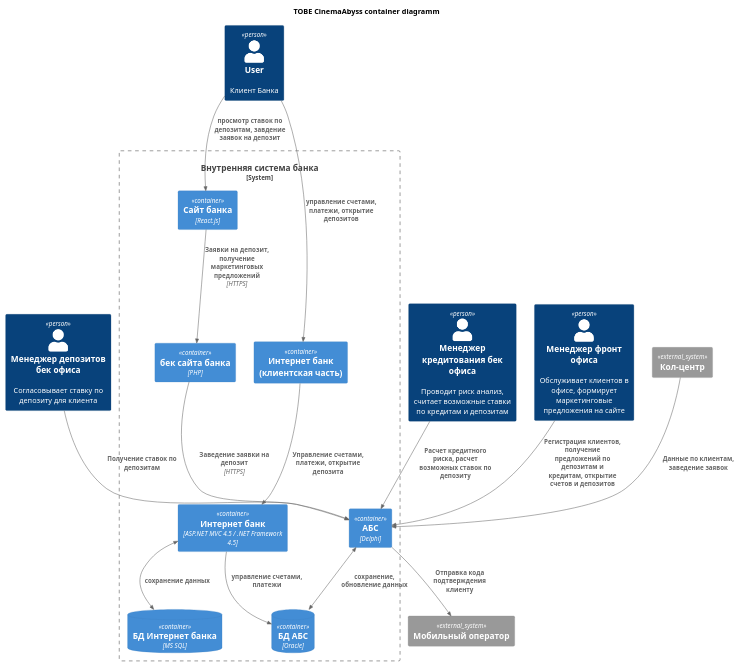
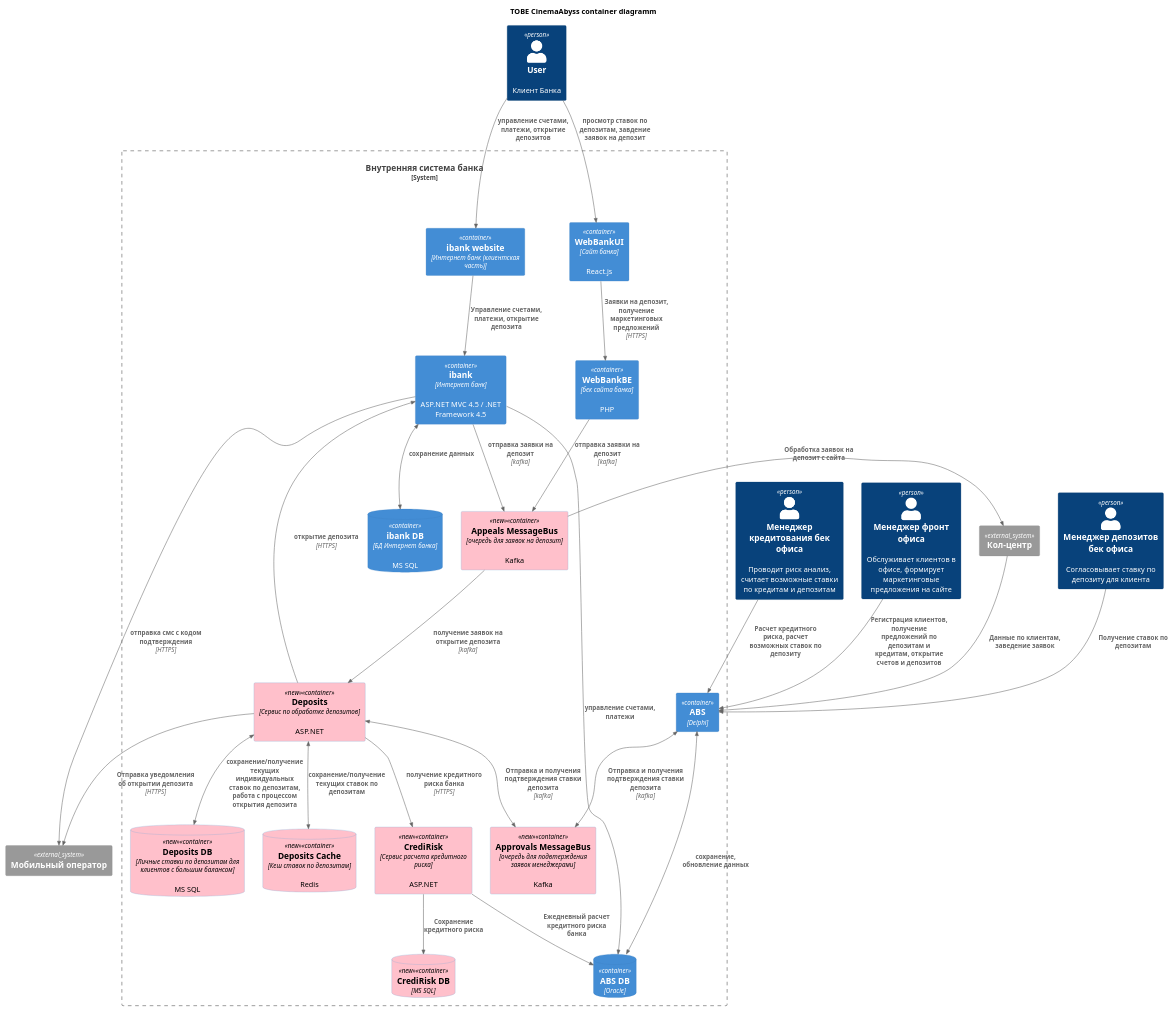
The diagram in task3/container_v1.puml (GeorgyBocharov/architecture-standart), drawn with PlantUML before and after one commit. The commit also changed 1 other file, not shown here.

Commit message:
Задлание 3. Добавлен вариант решения с сервисом расчета кредитного риска

```diff
--- a/task3/container_v1.puml
+++ b/task3/container_v1.puml
@@ -1,51 +1,81 @@
 @startuml TOBE_CinemaAbyss_container
 
 title TOBE CinemaAbyss container diagramm
 
 !includeurl https://raw.githubusercontent.com/RicardoNiepel/C4-PlantUML/master/C4_Component.puml
 
-
+AddComponentTag("new", $bgColor="#FFC0CB", $fontColor="#000000")
 
 Person(depositManagerBackOffice, "Менеджер депозитов бек офиса", "Согласовывает ставку по депозиту для клиента")
 Person(creditManagerBackOffice, "Менеджер кредитования бек офиса", "Проводит риск анализ, считает возможные ставки по кредитам и депозитам")
 Person(managerFrontOffice, "Менеджер фронт офиса", "Обслуживает клиентов в офисе, формирует маркетинговые предложения на сайте")
 Person(user, "User", "Клиент Банка")
 
 System_Ext(callCenter, "Кол-центр")
 System_Ext(mobileOperator, "Мобильный оператор")
 
 
 System_Boundary(bankSystem, "Внутренняя система банка") {
-    Container(abs, "АБС", "Delphi")
-    ContainerDb(abs_db, "БД АБС", "Oracle")
+    Container(abs, "ABS", "Delphi")
+    ContainerDb(abs_db, "ABS DB", "Oracle")
 
     'Интернет банк
-    Container(internetBankClient, "Интернет банк (клиентская часть)")
-    Container(internetBank, "Интернет банк", "ASP.NET MVC 4.5 / .NET Framework 4.5")
-    ContainerDb(internetBank_db, "БД Интернет банка", "MS SQL")
+    Container(internetBankClient, "ibank website", "Интернет банк (клиентская часть)")
+    Container(internetBank, "ibank", "Интернет банк", "ASP.NET MVC 4.5 / .NET Framework 4.5")
+    ContainerDb(internetBank_db, "ibank DB", "БД Интернет банка", "MS SQL")
     'Сайт
-    Container(webBankUI, "Сайт банка", "React.js")
-    Container(webBankBE, "бек сайта банка", "PHP")
+    Container(webBankUI, "WebBankUI", "Сайт банка", "React.js")
+    Container(webBankBE, "WebBankBE", "бек сайта банка", "PHP")
+    'Очереди
+    Container(depositRequestMessageBus, "Appeals MessageBus", "очередь для заявок на депозит", "Kafka", $tags="new")
+    Container(approvalsMessageBus, "Approvals MessageBus", "очередь для подвтерждения заявок менеджерами", "Kafka", $tags="new")
+    'Депозиты
+    Container(deposits, "Deposits", "Сервис по обработке депозитов", "ASP.NET", $tags="new")
+    ContainerDb(deposits_cache, "Deposits Cache", "Кеш ставок по депозитам", "Redis", $tags="new")
+    ContainerDb(deposits_db, "Deposits DB", "Личные ставки по депозитам для клиентов с большим балансом", "MS SQL", $tags="new")
+    'Кредитный риск
+    Container(creditRisk, "CrediRisk","Сервис расчета кредитного риска", "ASP.NET", $tags="new")
+    ContainerDb(creditRisk_db, "CrediRisk DB", "MS SQL", $tags="new")
+
 }
 
 'Связи АБС
 Rel(managerFrontOffice, abs, "Регистрация клиентов, получение предложений по депозитам и кредитам, открытие счетов и депозитов")
 Rel(depositManagerBackOffice, abs,  "Получение ставок по депозитам")
 Rel(creditManagerBackOffice, abs, "Расчет кредитного риска, расчет возможных ставок по депозиту")
+BiRel(abs, approvalsMessageBus, "Отправка и получения подтверждения ставки депозита", "kafka")
 
 BiRel(abs, abs_db, "сохранение, обновление данных")
-Rel(abs, mobileOperator, "Отправка кода подтверждения клиенту")
 Rel(callCenter, abs, "Данные по клиентам, заведение заявок")
+Rel(depositRequestMessageBus, callCenter, "Обработка заявок на депозит с сайта")
 
 'Связи интернет банка
 Rel(user, internetBankClient, "управление счетами, платежи, открытие депозитов")
 Rel(internetBankClient, internetBank, "Управление счетами, платежи, открытие депозита")
 BiRel(internetBank, internetBank_db, "сохранение данных")
 Rel(internetBank, abs_db, "управление счетами, платежи")
+Rel(internetBank, depositRequestMessageBus, "отправка заявки на депозит", "kafka")
+Rel(internetBank, mobileOperator, "отправка смс с кодом подтверждения", "HTTPS")
 
 'Связи сайта
 Rel(user, webBankUI, "просмотр ставок по депозитам, завдение заявок на депозит")
 Rel(webBankUI, webBankBE, "Заявки на депозит, получение маркетинговых предложений", "HTTPS")
-Rel(webBankBE, abs, "Заведение заявки на депозит", "HTTPS")
+Rel(webBankBE, depositRequestMessageBus, "отправка заявки на депозит", "kafka")
+
+'Депозиты
+Rel(depositRequestMessageBus, deposits, "получение заявок на открытие депозита", "kafka")
+Rel(deposits, internetBank, "открытие депозита", "HTTPS")
+Rel(deposits, creditRisk, "получение кредитного риска банка", "HTTPS")
+BiRel(deposits, deposits_cache, "сохранение/получение текущих ставок по депозитам")
+BiRel(deposits, deposits_db, "сохранение/получение текущих индивидуальных ставок по депозитам, работа с процессом открытия депозита")
+Rel(deposits, mobileOperator, "Отправка уведомления об открытии депозита", "HTTPS")
+BiRel(deposits, approvalsMessageBus, "Отправка и получения подтверждения ставки депозита", "kafka")
+
+
+'Кредитный риск
+Rel(creditRisk, abs_db, "Ежедневный расчет кредитного риска банка")
+Rel(creditRisk, creditRisk_db, "Сохранение кредитного риска")
+
+
 
 @enduml
```
